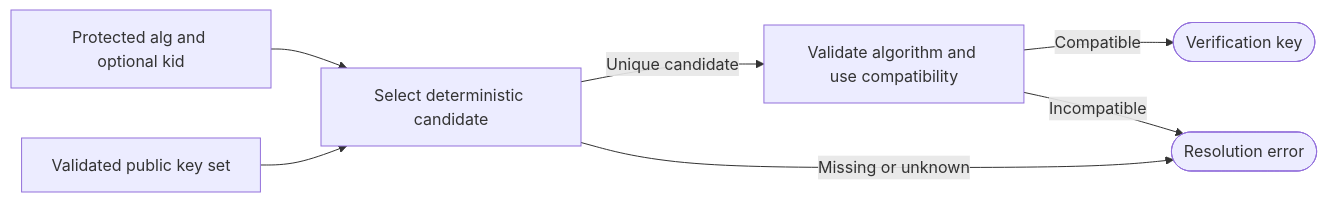
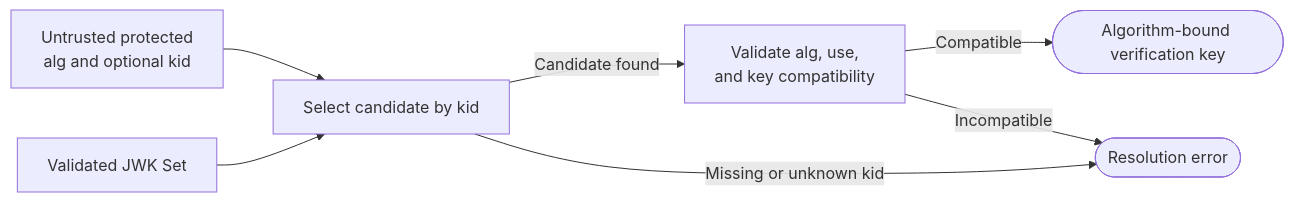
One commit to mkbeh/xjose changed diagram 16 of 20 in DESIGN.md. Above: the diagram before and after it, drawn with Mermaid. The commit also changed other lines of this file, not shown here.

Commit message:
docs: refine architectural design

````diff
--- a/DESIGN.md
+++ b/DESIGN.md
@@ -596,15 +658,15 @@
 ```mermaid
 flowchart LR
-    Header[Protected alg and optional kid]
-    Set[Validated public key set]
-    Select[Select deterministic candidate]
-    Validate[Validate algorithm and use compatibility]
-    Key([Verification key])
+    Header[Untrusted protected<br/>alg and optional kid]
+    Set[Validated JWK Set]
+    Select[Select candidate by kid]
+    Validate[Validate alg, use,<br/>and key compatibility]
+    Key([Algorithm-bound verification key])
     Error([Resolution error])
     Header --> Select
     Set --> Select
-    Select -->|Unique candidate| Validate
-    Select -->|Missing or unknown| Error
+    Select -->|Candidate found| Validate
+    Select -->|Missing or unknown kid| Error
     Validate -->|Compatible| Key
     Validate -->|Incompatible| Error
 ```
````
